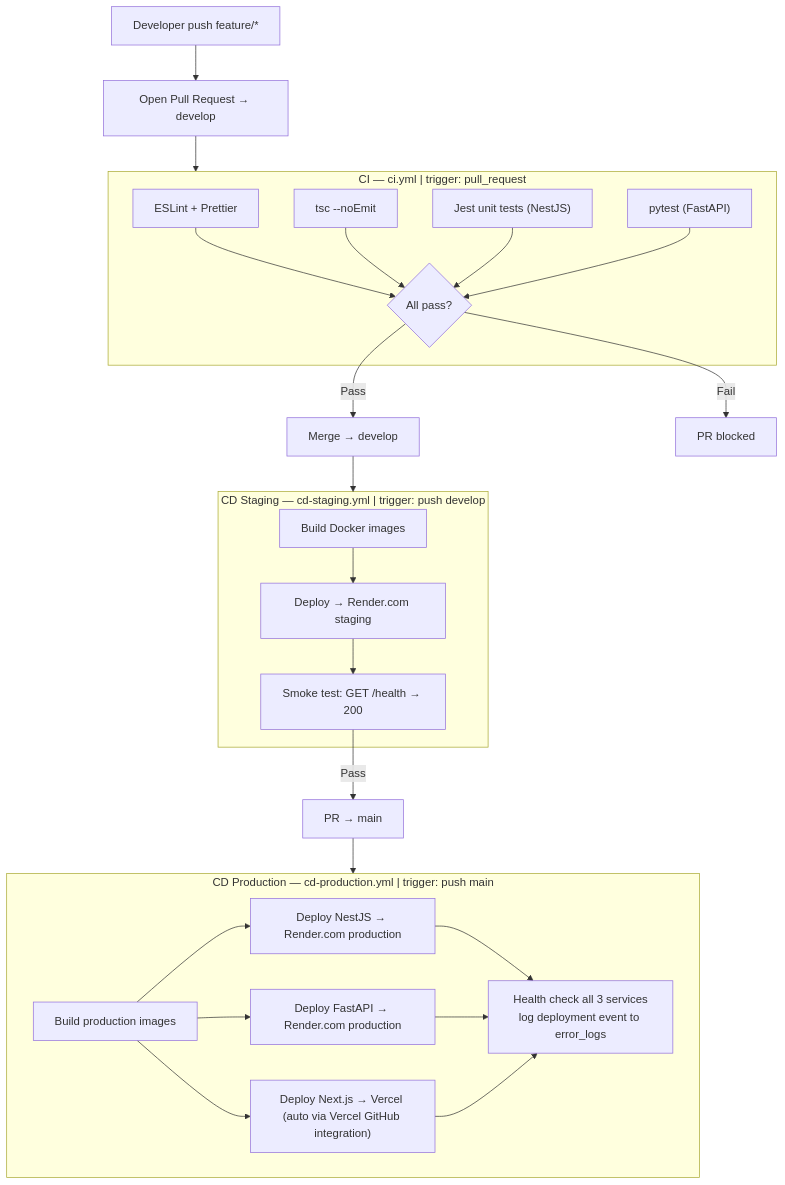
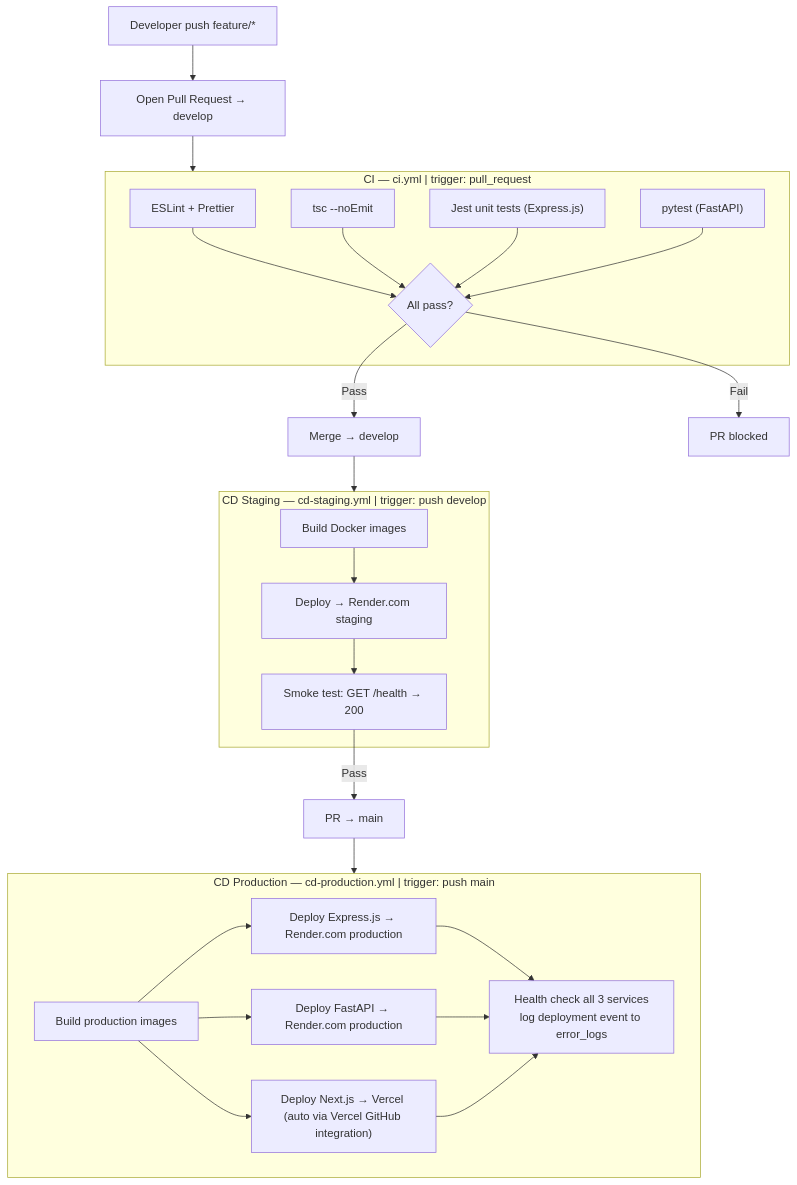
The seventh of 7 diagrams in docs/ARCHITECTURE.md (Neil-06-hub/SMART-ECOMMERCE-AI-SYSTEM-WORKFLOW-PUBLIC), drawn with Mermaid before and after one commit. The commit also changed other lines of this file and 96 other files, not shown here.

````diff
--- a/docs/ARCHITECTURE.md
+++ b/docs/ARCHITECTURE.md
@@ -788,38 +788,38 @@
 ```mermaid
 graph TD
     DEV["Developer push feature/*"]
     PR["Open Pull Request → develop"]
     DEV --> PR --> CI
 
     subgraph CI["CI — ci.yml | trigger: pull_request"]
         LINT["ESLint + Prettier"]
         TYPECHECK["tsc --noEmit"]
-        JEST["Jest unit tests (NestJS)"]
+        JEST["Jest unit tests (Express.js)"]
         PYTEST["pytest (FastAPI)"]
         LINT & TYPECHECK & JEST & PYTEST --> GATE{All pass?}
     end
 
     GATE -->|Pass| MERGE["Merge → develop"]
     GATE -->|Fail| BLOCK["PR blocked"]
 
     MERGE --> CD_STAGING
 
     subgraph CD_STAGING["CD Staging — cd-staging.yml | trigger: push develop"]
         BUILD_S["Build Docker images"]
         DEPLOY_S["Deploy → Render.com staging"]
         SMOKE["Smoke test: GET /health → 200"]
         BUILD_S --> DEPLOY_S --> SMOKE
     end
 
     SMOKE -->|Pass| PR_MAIN["PR → main"]
     PR_MAIN --> CD_PROD
 
     subgraph CD_PROD["CD Production — cd-production.yml | trigger: push main"]
         BUILD_P["Build production images"]
-        NESTJS_P["Deploy NestJS → Render.com production"]
+        EXPRESSJS_P["Deploy Express.js → Render.com production"]
         FASTAPI_P["Deploy FastAPI → Render.com production"]
         NEXT_P["Deploy Next.js → Vercel (auto via Vercel GitHub integration)"]
         HEALTH_CHECK["Health check all 3 services\nlog deployment event to error_logs"]
-        BUILD_P --> NESTJS_P & FASTAPI_P & NEXT_P --> HEALTH_CHECK
+        BUILD_P --> EXPRESSJS_P & FASTAPI_P & NEXT_P --> HEALTH_CHECK
     end
 ```
````
